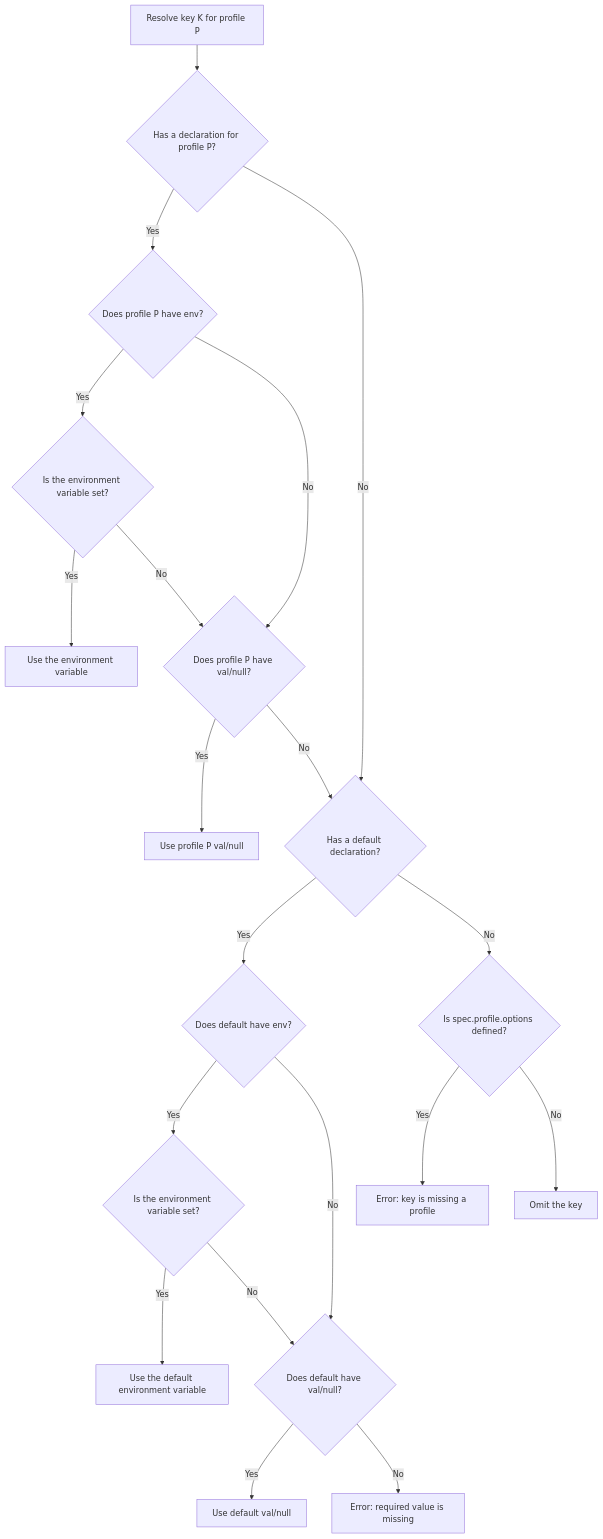
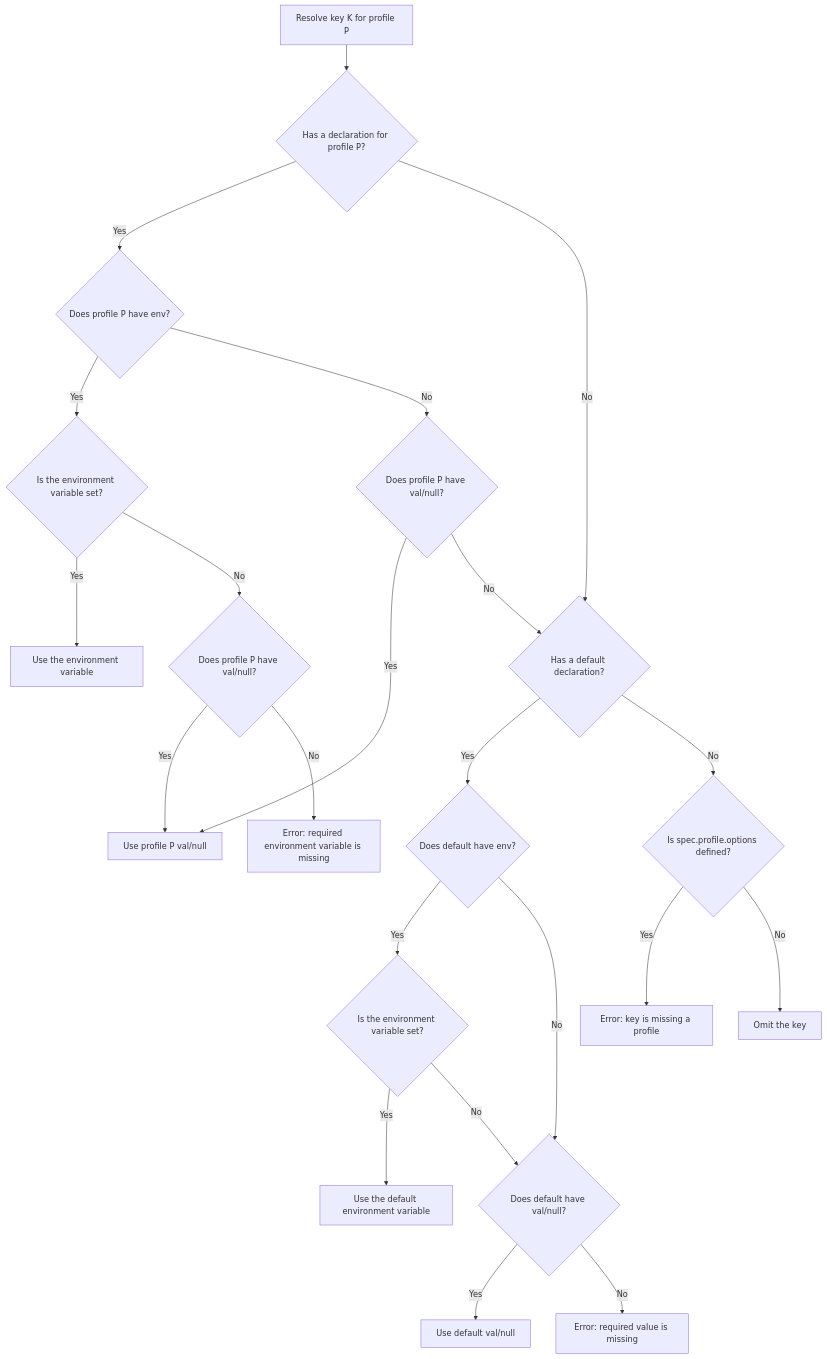
One commit to sayanarijit/settingspec changed the diagram in SPECIFICATION.md. Above: the diagram before and after it, drawn with Mermaid. The commit also changed other lines of this file and 3 other files, not shown here.

````diff
--- a/SPECIFICATION.md
+++ b/SPECIFICATION.md
@@ -598,27 +601,29 @@
 ```mermaid
 flowchart TD
     Start["Resolve key K for profile P"] --> HasProfileDecl{"Has a declaration for profile P?"}
 
     HasProfileDecl -- Yes --> CheckProfileEnv{"Does profile P have env?"}
     CheckProfileEnv -- Yes --> CheckEnvExists{"Is the environment variable set?"}
     CheckEnvExists -- Yes --> ReturnEnv["Use the environment variable"]
-    CheckEnvExists -- No --> CheckProfileVal{"Does profile P have val/null?"}
+    CheckEnvExists -- No --> CheckEnvFallback{"Does profile P have val/null?"}
+    CheckEnvFallback -- Yes --> ReturnProfileVal
+    CheckEnvFallback -- No --> EnvError["Error: required environment variable is missing"]
 
-    CheckProfileEnv -- No --> CheckProfileVal
+    CheckProfileEnv -- No --> CheckProfileVal{"Does profile P have val/null?"}
     CheckProfileVal -- Yes --> ReturnProfileVal["Use profile P val/null"]
     CheckProfileVal -- No --> CheckDefault["Check default"]
 
     HasProfileDecl -- No --> CheckDefault{"Has a default declaration?"}
     CheckDefault -- Yes --> CheckDefaultEnv{"Does default have env?"}
     CheckDefaultEnv -- Yes --> CheckDefaultEnvExists{"Is the environment variable set?"}
     CheckDefaultEnvExists -- Yes --> ReturnDefaultEnv["Use the default environment variable"]
     CheckDefaultEnvExists -- No --> CheckDefaultVal{"Does default have val/null?"}
 
     CheckDefaultEnv -- No --> CheckDefaultVal
     CheckDefaultVal -- Yes --> ReturnDefaultVal["Use default val/null"]
     CheckDefaultVal -- No --> ResolutionError["Error: required value is missing"]
 
     CheckDefault -- No --> StrictCheck{"Is spec.profile.options defined?"}
     StrictCheck -- Yes --> MissingCoverError["Error: key is missing a profile"]
     StrictCheck -- No --> KeyOmitted["Omit the key"]
 ```
````
